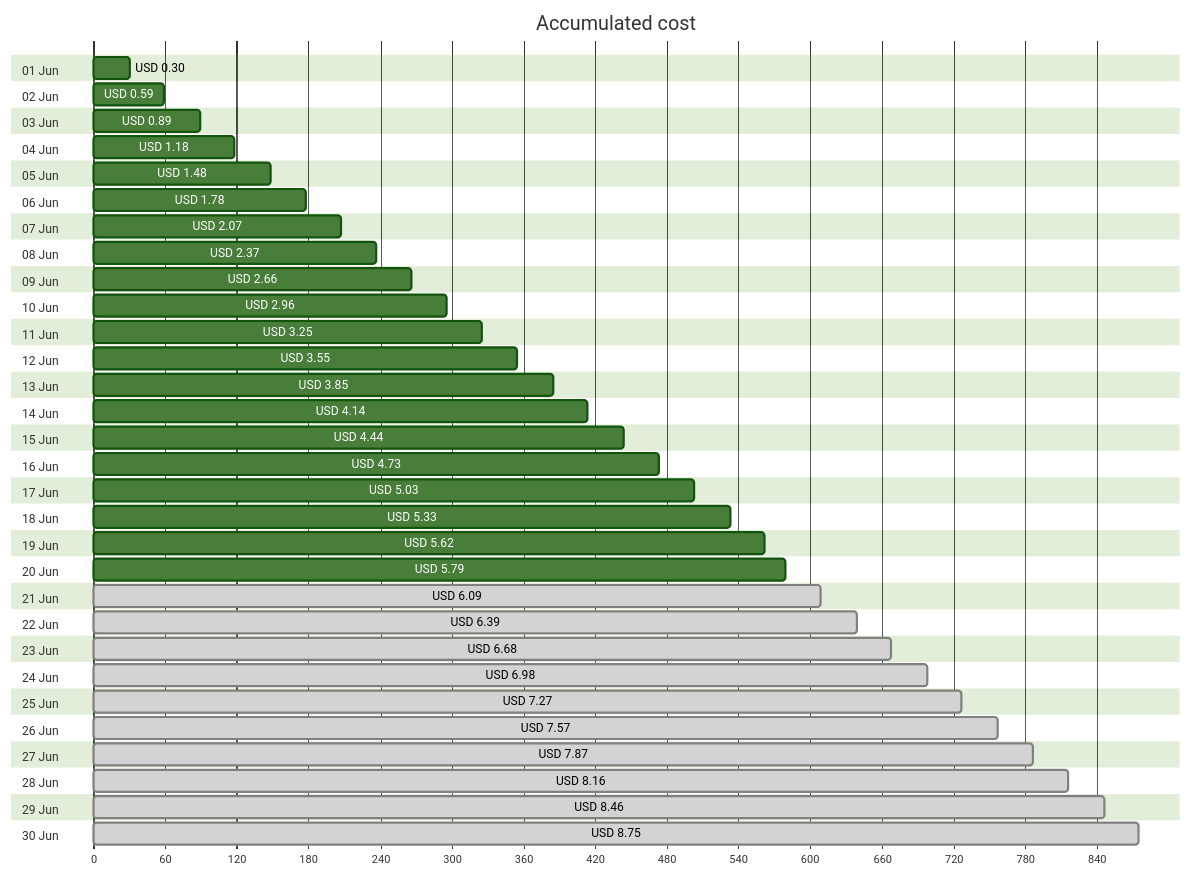
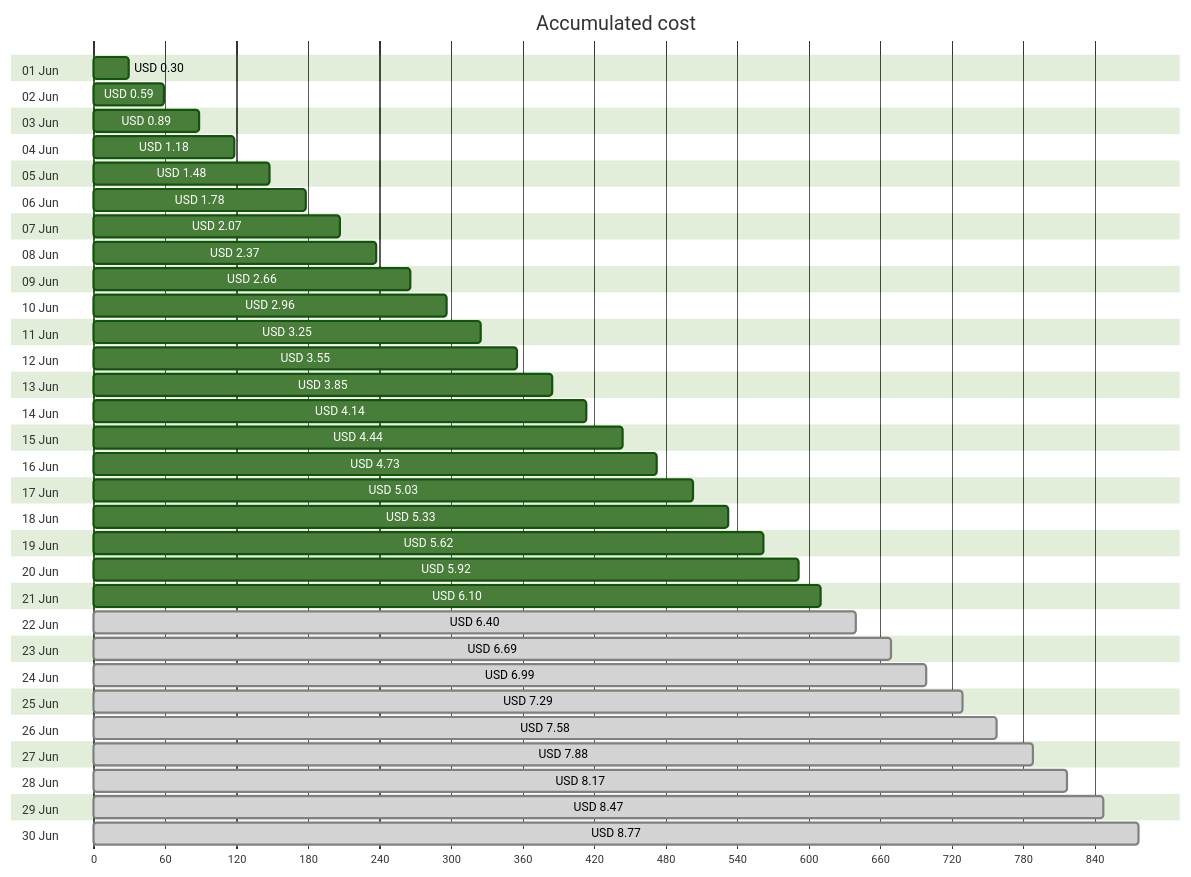
The first of 4 diagrams in cost-reports/personal-site/personal-site.md (jpfulton/azure-personal-reports), drawn with Mermaid (forest theme) before and after one commit. The commit also changed other lines of this file and 6 other files, not shown here.

````diff
--- a/cost-reports/personal-site/personal-site.md
+++ b/cost-reports/personal-site/personal-site.md
@@ -20,66 +20,66 @@
 ```mermaid
 gantt
    title Accumulated cost
    dateFormat  X
    axisFormat %s
    section 01 Jun
    USD 0.30 :0, 30
    section 02 Jun
    USD 0.59 :0, 59
    section 03 Jun
    USD 0.89 :0, 89
    section 04 Jun
    USD 1.18 :0, 118
    section 05 Jun
    USD 1.48 :0, 148
    section 06 Jun
    USD 1.78 :0, 178
    section 07 Jun
    USD 2.07 :0, 207
    section 08 Jun
    USD 2.37 :0, 237
    section 09 Jun
    USD 2.66 :0, 266
    section 10 Jun
    USD 2.96 :0, 296
    section 11 Jun
    USD 3.25 :0, 325
    section 12 Jun
    USD 3.55 :0, 355
    section 13 Jun
    USD 3.85 :0, 385
    section 14 Jun
    USD 4.14 :0, 414
    section 15 Jun
    USD 4.44 :0, 444
    section 16 Jun
    USD 4.73 :0, 473
    section 17 Jun
    USD 5.03 :0, 503
    section 18 Jun
    USD 5.33 :0, 533
    section 19 Jun
    USD 5.62 :0, 562
    section 20 Jun
-   USD 5.79 :0, 579
+   USD 5.92 :0, 592
    section 21 Jun
-   USD 6.09 : done, 0, 609
+   USD 6.10 :0, 610
    section 22 Jun
-   USD 6.39 : done, 0, 639
+   USD 6.40 : done, 0, 640
    section 23 Jun
-   USD 6.68 : done, 0, 668
+   USD 6.69 : done, 0, 669
    section 24 Jun
-   USD 6.98 : done, 0, 698
+   USD 6.99 : done, 0, 699
    section 25 Jun
-   USD 7.27 : done, 0, 727
+   USD 7.29 : done, 0, 729
    section 26 Jun
-   USD 7.57 : done, 0, 757
+   USD 7.58 : done, 0, 758
    section 27 Jun
-   USD 7.87 : done, 0, 787
+   USD 7.88 : done, 0, 788
    section 28 Jun
-   USD 8.16 : done, 0, 816
+   USD 8.17 : done, 0, 817
    section 29 Jun
-   USD 8.46 : done, 0, 846
+   USD 8.47 : done, 0, 847
    section 30 Jun
-   USD 8.75 : done, 0, 875
+   USD 8.77 : done, 0, 877
 ```
````
